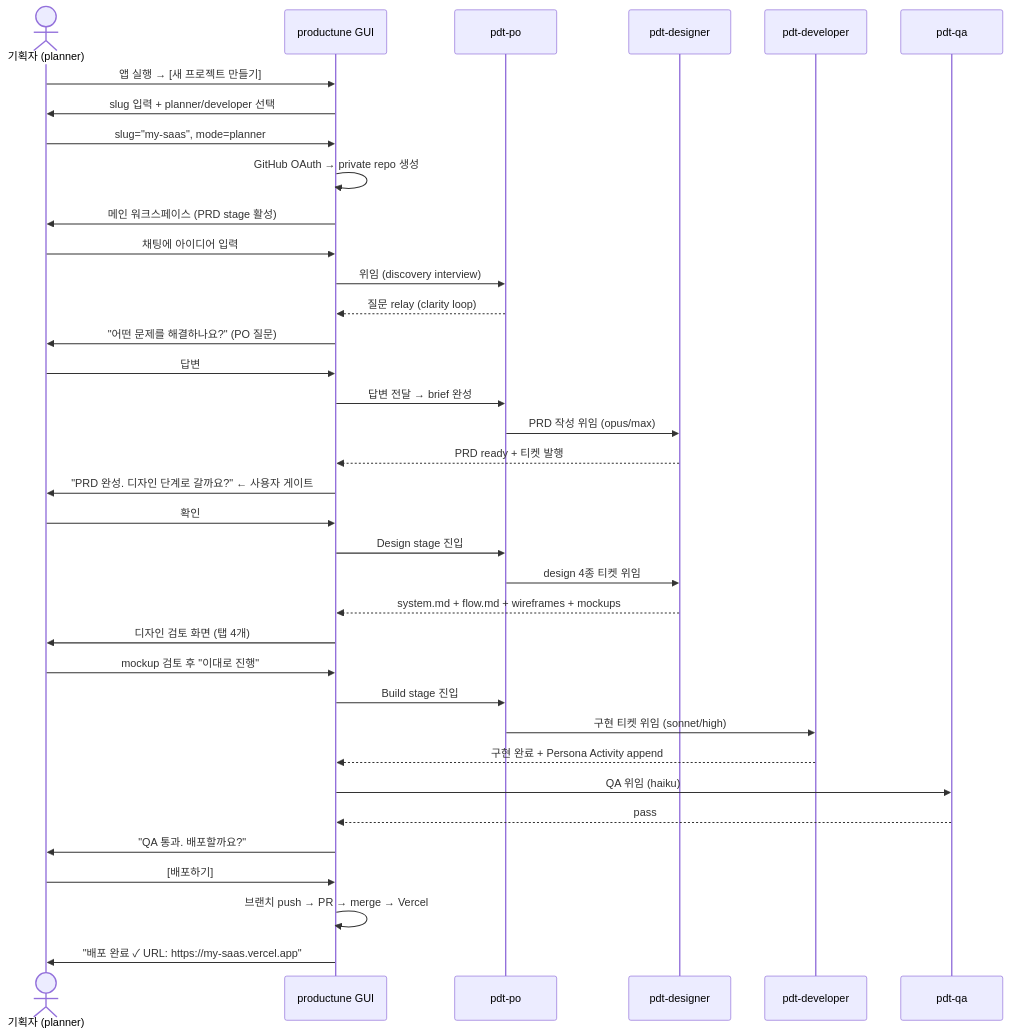
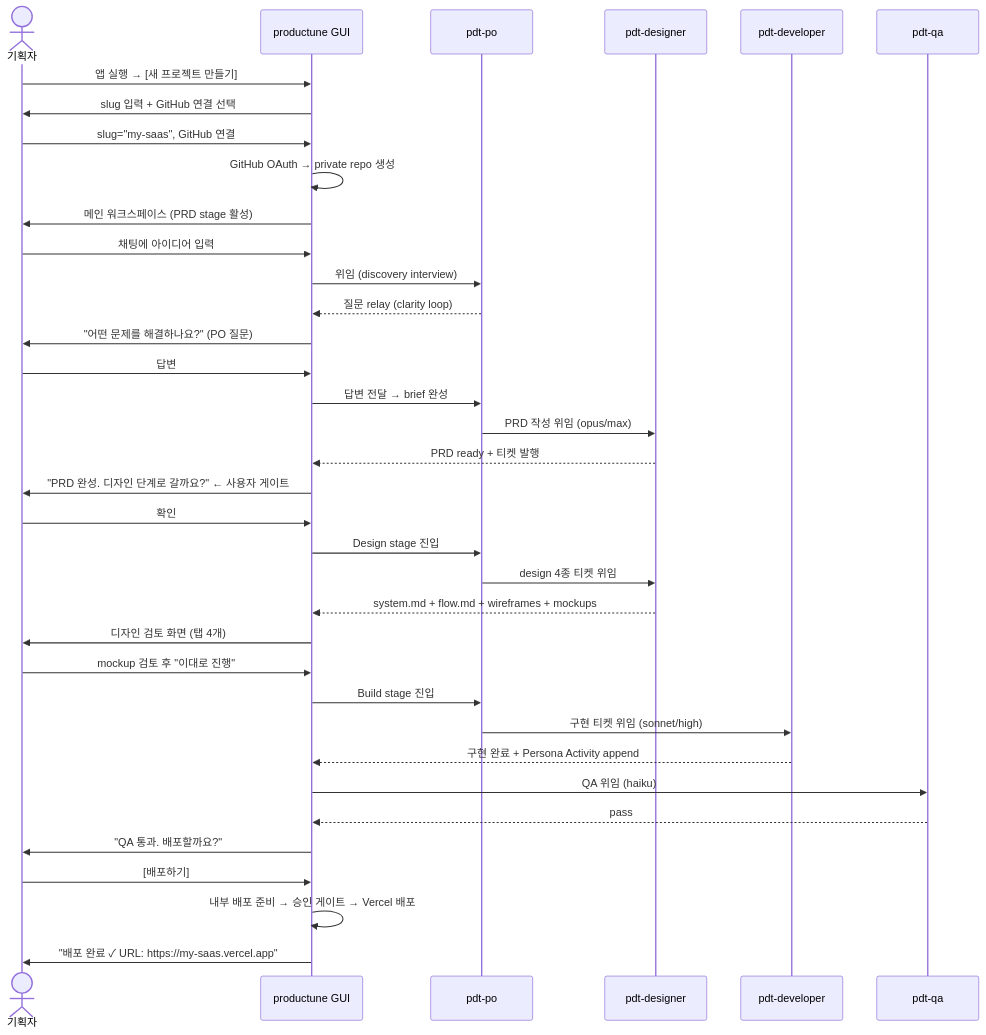
Before and after one commit to shawn-kim-axz/productune: the second of 4 diagrams in docs/design/productune/flow.md, drawn with Mermaid. The commit also changed other lines of this file and 53 other files, not shown here.

````diff
--- a/docs/design/productune/flow.md
+++ b/docs/design/productune/flow.md
@@ -63,42 +63,42 @@
 ```mermaid
 sequenceDiagram
-    actor User as 기획자 (planner)
+    actor User as 기획자
     participant App as productune GUI
     participant PO as pdt-po
     participant Designer as pdt-designer
     participant Dev as pdt-developer
     participant QA as pdt-qa
 
     User->>App: 앱 실행 → [새 프로젝트 만들기]
-    App->>User: slug 입력 + planner/developer 선택
-    User->>App: slug="my-saas", mode=planner
+    App->>User: slug 입력 + GitHub 연결 선택
+    User->>App: slug="my-saas", GitHub 연결
     App->>App: GitHub OAuth → private repo 생성
     App->>User: 메인 워크스페이스 (PRD stage 활성)
 
     User->>App: 채팅에 아이디어 입력
     App->>PO: 위임 (discovery interview)
     PO-->>App: 질문 relay (clarity loop)
     App->>User: "어떤 문제를 해결하나요?" (PO 질문)
     User->>App: 답변
     App->>PO: 답변 전달 → brief 완성
     PO->>Designer: PRD 작성 위임 (opus/max)
     Designer-->>App: PRD ready + 티켓 발행
     App->>User: "PRD 완성. 디자인 단계로 갈까요?" ← 사용자 게이트
 
     User->>App: 확인
     App->>PO: Design stage 진입
     PO->>Designer: design 4종 티켓 위임
     Designer-->>App: system.md + flow.md + wireframes + mockups
     App->>User: 디자인 검토 화면 (탭 4개)
     User->>App: mockup 검토 후 "이대로 진행"
 
     App->>PO: Build stage 진입
     PO->>Dev: 구현 티켓 위임 (sonnet/high)
     Dev-->>App: 구현 완료 + Persona Activity append
     App->>QA: QA 위임 (haiku)
     QA-->>App: pass
     App->>User: "QA 통과. 배포할까요?"
     User->>App: [배포하기]
-    App->>App: 브랜치 push → PR → merge → Vercel
+    App->>App: 내부 배포 준비 → 승인 게이트 → Vercel 배포
     App->>User: "배포 완료 ✓ URL: https://my-saas.vercel.app"
 ```
````
